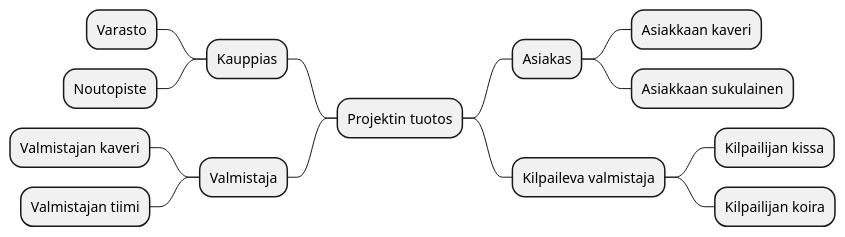
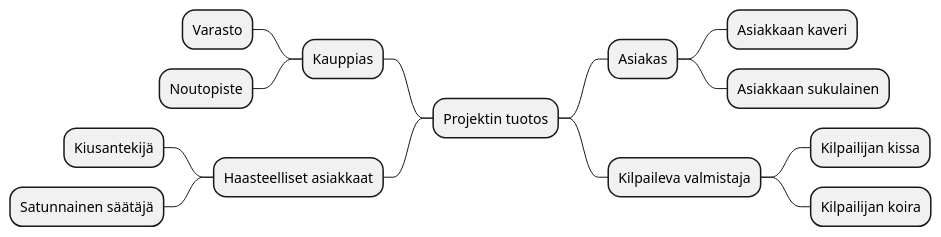
The second of 4 diagrams in dokumentit/20-Vaatimustenhallinta/vaatimusmaaritely-tiivis.md (ninaleo/ransut-core), drawn with PlantUML before and after one commit.

````diff
--- a/dokumentit/20-Vaatimustenhallinta/vaatimusmaaritely-tiivis.md
+++ b/dokumentit/20-Vaatimustenhallinta/vaatimusmaaritely-tiivis.md
@@ -53,18 +53,18 @@
 ```plantuml
 @startmindmap
 + Projektin tuotos
 ++ Asiakas
 +++ Asiakkaan kaveri
 +++ Asiakkaan sukulainen
 ++ Kilpaileva valmistaja
 +++ Kilpailijan kissa
 +++ Kilpailijan koira
 -- Kauppias
 --- Varasto
 --- Noutopiste
--- Valmistaja
---- Valmistajan kaveri
---- Valmistajan tiimi
+-- Haasteelliset asiakkaat
+--- Kiusantekijä
+--- Satunnainen säätäjä
 
 @endmindmap
 ```
````
